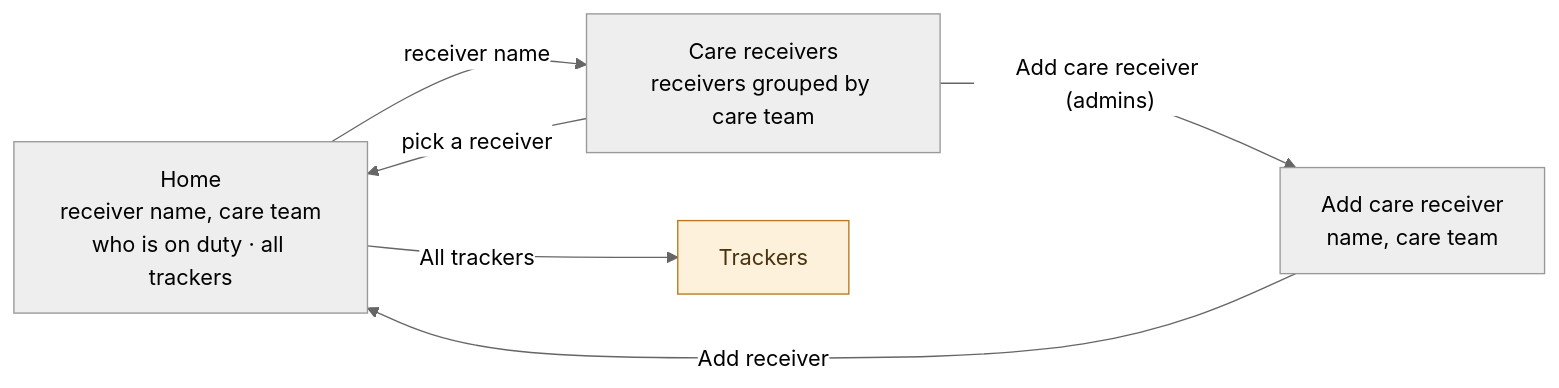
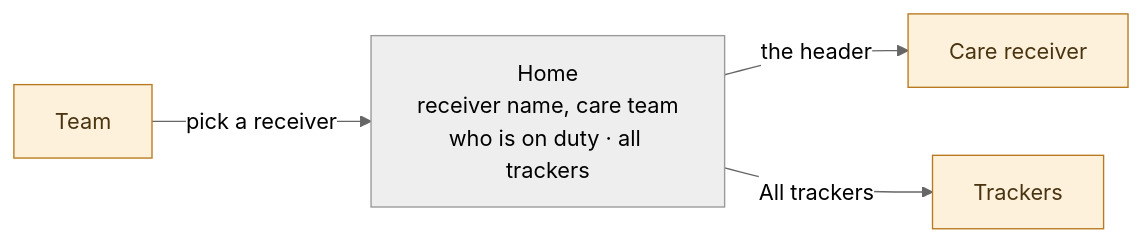
One commit to care-giver-app/caregiver-v2 changed the fourth of 15 diagrams in docs/PRD.md. Above: the diagram before and after it, drawn with Mermaid (neutral theme). The commit also changed other lines of this file and 3 other files, not shown here.

````diff
--- a/docs/PRD.md
+++ b/docs/PRD.md
@@ -383,16 +450,14 @@
 ```mermaid
 flowchart LR
     Home["Home<br/>receiver name, care team<br/>who is on duty · all trackers"]
-    Receivers["Care receivers<br/>receivers grouped by care team"]
-    AddReceiver["Add care receiver<br/>name, care team"]
+    Receiver["Care receiver"]
+    Team["Team"]
     Trackers["Trackers"]
 
-    Home -- "receiver name" --> Receivers
-    Receivers -- "pick a receiver" --> Home
-    Receivers -- "Add care receiver (admins)" --> AddReceiver
-    AddReceiver -- "Add receiver" --> Home
+    Home -- "the header" --> Receiver
+    Team -- "pick a receiver" --> Home
     Home -- "All trackers" --> Trackers
 
     classDef handoff fill:#FDF1DC,stroke:#B8791F,color:#4A3410
-    class Trackers handoff
+    class Receiver,Team,Trackers handoff
 ```
````
